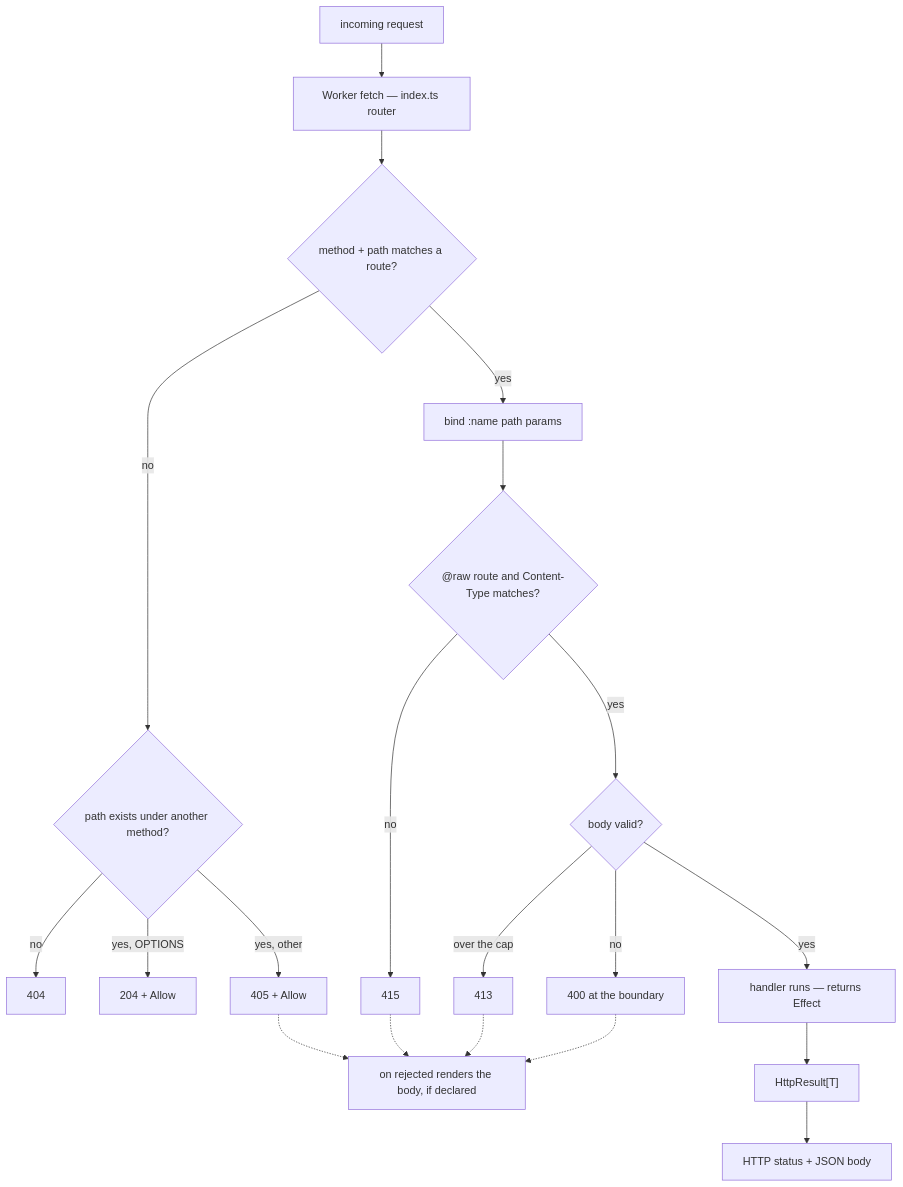
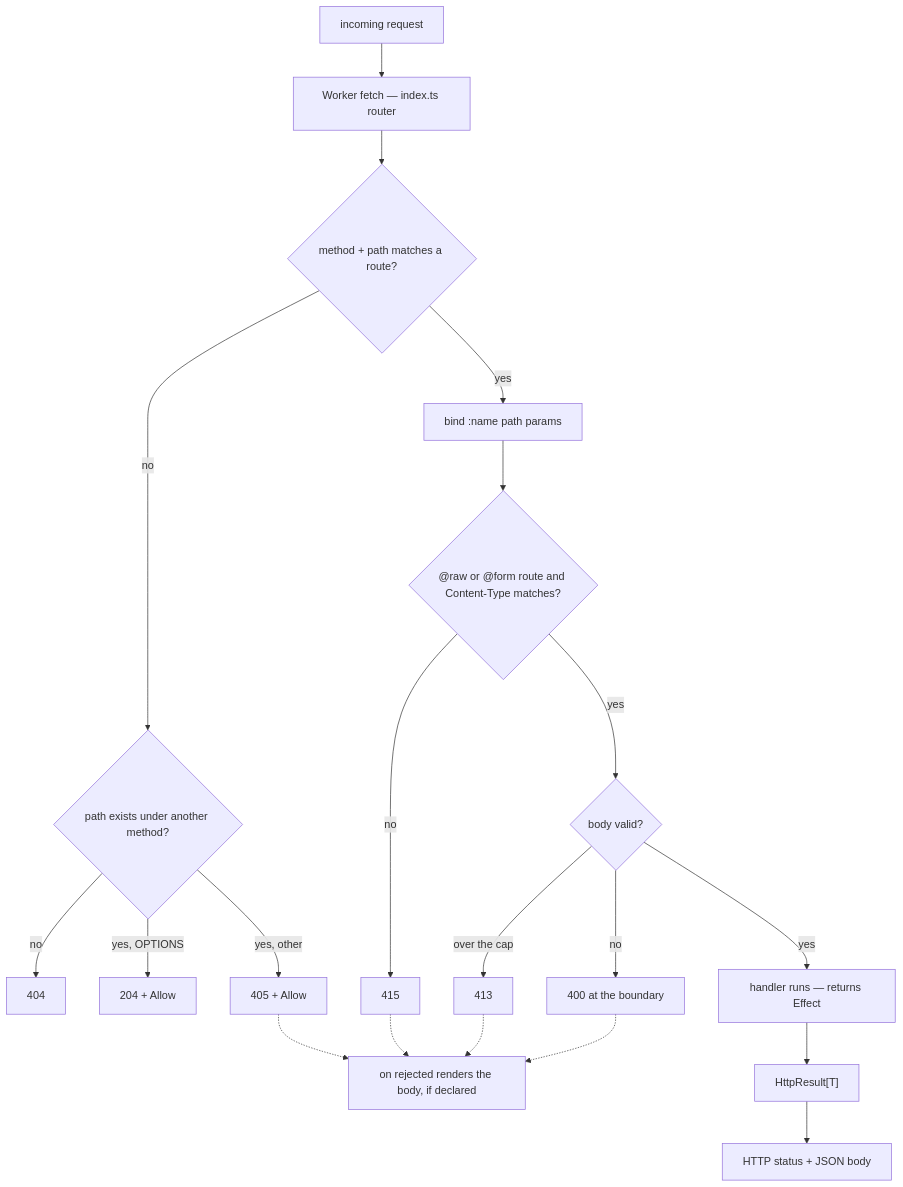
The diagram in site/src/content/docs/book/reference/http.md (bynk-lang/bynk), drawn with Mermaid before and after one commit. The commit also changed other lines of this file and 45 other files, not shown here.

````diff
--- a/site/src/content/docs/book/reference/http.md
+++ b/site/src/content/docs/book/reference/http.md
@@ -1024,22 +1110,22 @@
 ```mermaid
 flowchart TD
   req["incoming request"] --> router["Worker fetch — index.ts router"]
   router --> match{"method + path matches a route?"}
   match -->|yes| params["bind :name path params"]
   match -->|no| known{"path exists under another method?"}
   known -->|no| nf["404"]
   known -->|yes, OPTIONS| opt["204 + Allow"]
   known -->|yes, other| m405["405 + Allow"]
-  params --> ctype{"@raw route and Content-Type matches?"}
+  params --> ctype{"@raw or @form route and Content-Type matches?"}
   ctype -->|no| m415["415"]
   ctype -->|yes| body{"body valid?"}
   body -->|over the cap| m413["413"]
   body -->|no| bad["400 at the boundary"]
   m405 -.-> hook["on rejected renders the body, if declared"]
   m415 -.-> hook
   m413 -.-> hook
   bad -.-> hook
   body -->|yes| handler["handler runs — returns Effect"]
   handler --> result["HttpResult[T]"]
   result --> status["HTTP status + JSON body"]
 ```
````
